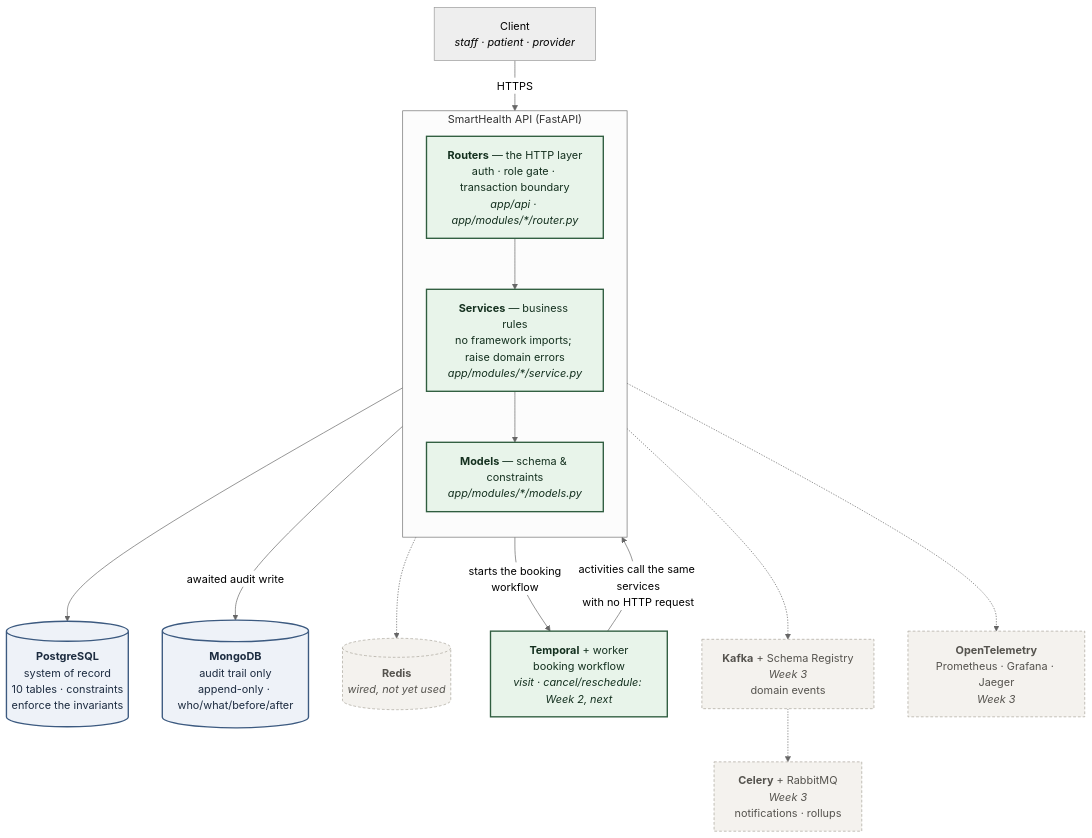
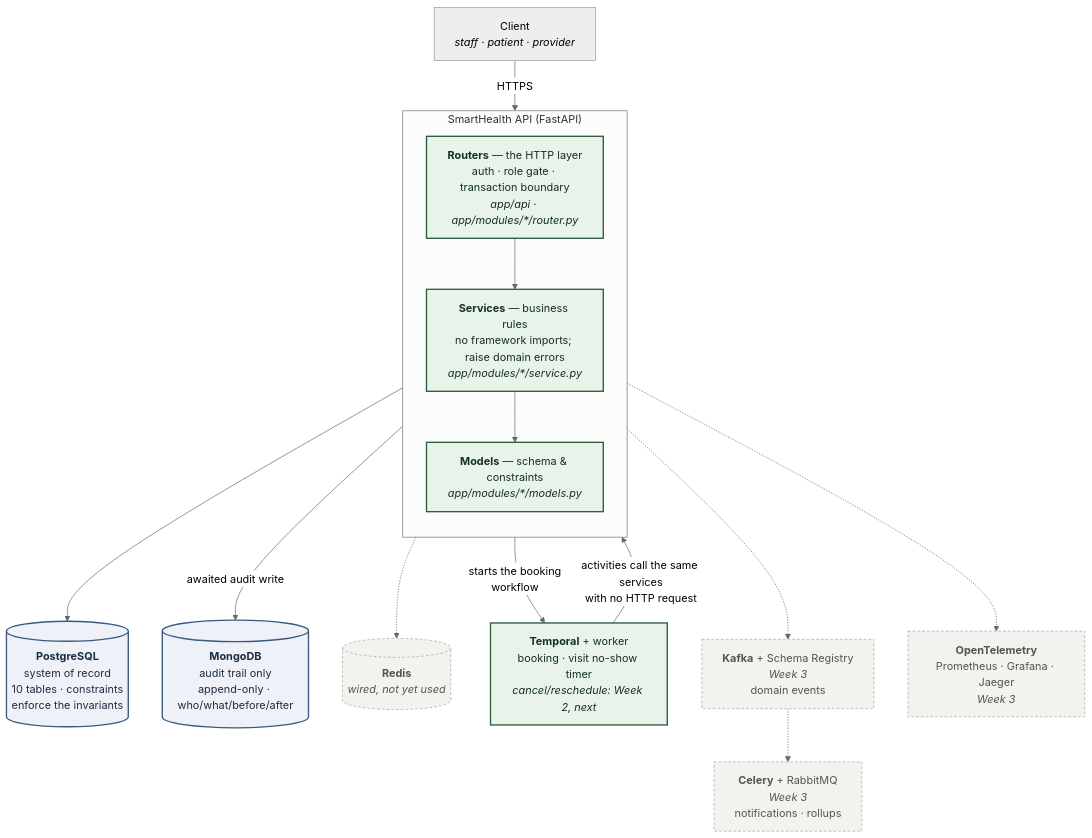
The first of 3 diagrams in README.md (sadainiqrar/smarthealth), drawn with Mermaid (neutral theme) before and after one commit. The commit also changed other lines of this file and 5 other files, not shown here.

````diff
--- a/README.md
+++ b/README.md
@@ -27,39 +28,39 @@
 ```mermaid
 flowchart TB
     client["Client<br/><i>staff · patient · provider</i>"]
 
     subgraph app["SmartHealth API (FastAPI)"]
         direction TB
         routers["<b>Routers</b> — the HTTP layer<br/>auth · role gate · transaction boundary<br/><i>app/api · app/modules/*/router.py</i>"]
         services["<b>Services</b> — business rules<br/>no framework imports; raise domain errors<br/><i>app/modules/*/service.py</i>"]
         models["<b>Models</b> — schema &amp; constraints<br/><i>app/modules/*/models.py</i>"]
         routers --> services --> models
     end
 
     pg[("<b>PostgreSQL</b><br/>system of record<br/>10 tables · constraints<br/>enforce the invariants")]
     mongo[("<b>MongoDB</b><br/>audit trail only<br/>append-only · who/what/before/after")]
     redis[("<b>Redis</b><br/><i>wired, not yet used</i>")]
 
-    temporal["<b>Temporal</b> + worker<br/>booking workflow<br/><i>visit · cancel/reschedule: Week 2, next</i>"]
+    temporal["<b>Temporal</b> + worker<br/>booking · visit no-show timer<br/><i>cancel/reschedule: Week 2, next</i>"]
     kafka["<b>Kafka</b> + Schema Registry<br/><i>Week 3</i><br/>domain events"]
     celery["<b>Celery</b> + RabbitMQ<br/><i>Week 3</i><br/>notifications · rollups"]
     otel["<b>OpenTelemetry</b><br/>Prometheus · Grafana · Jaeger<br/><i>Week 3</i>"]
 
     client -->|HTTPS| routers
     models --> pg
     services -->|awaited audit write| mongo
     app -.-> redis
 
     routers -->|"starts the booking<br/>workflow"| temporal
     temporal -->|"activities call the same services<br/>with no HTTP request"| services
     services -.-> kafka
     kafka -.-> celery
     app -.-> otel
 
     classDef done fill:#e8f4ea,stroke:#2f5d3f,stroke-width:2px,color:#14301f
     classDef todo fill:#f4f2ee,stroke:#a9a49a,stroke-width:1px,stroke-dasharray:4 3,color:#55534e
     classDef store fill:#eef2f8,stroke:#3c5a80,stroke-width:2px,color:#1d2c40
     class routers,services,models,temporal done
     class pg,mongo store
     class redis,kafka,celery,otel todo
 ```
````
